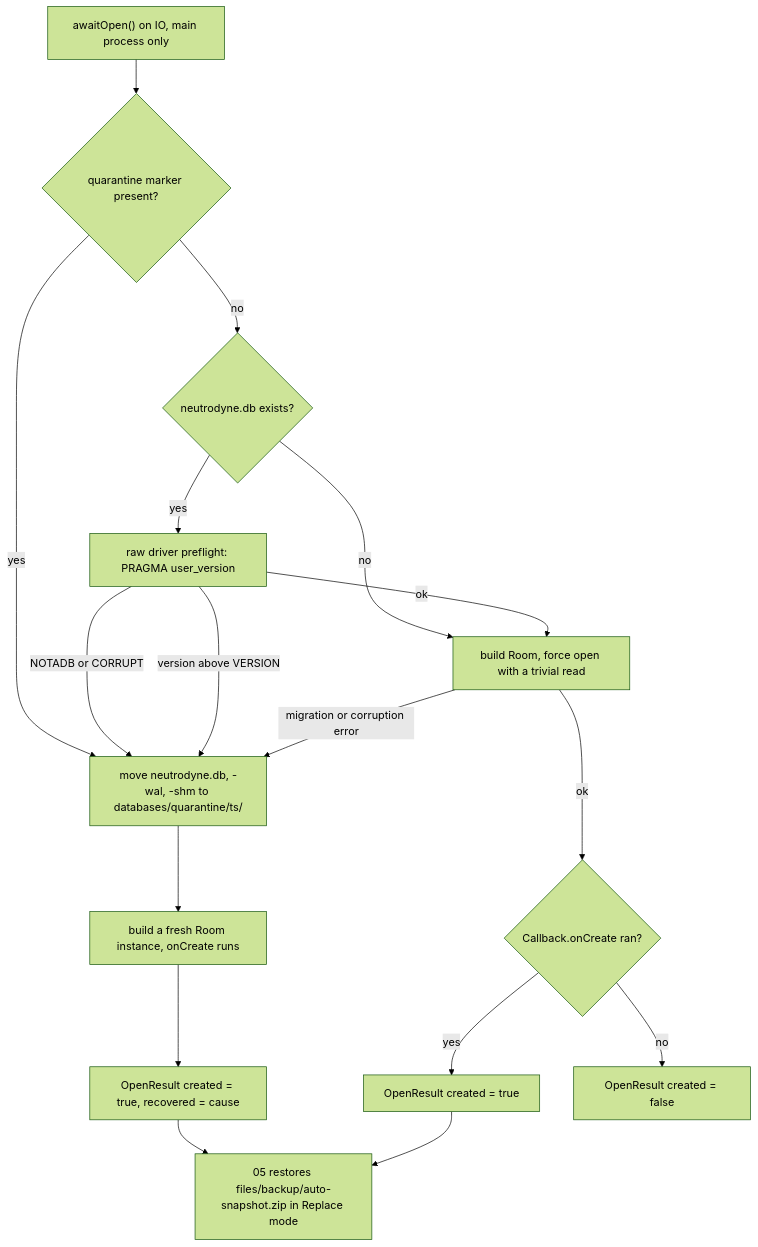
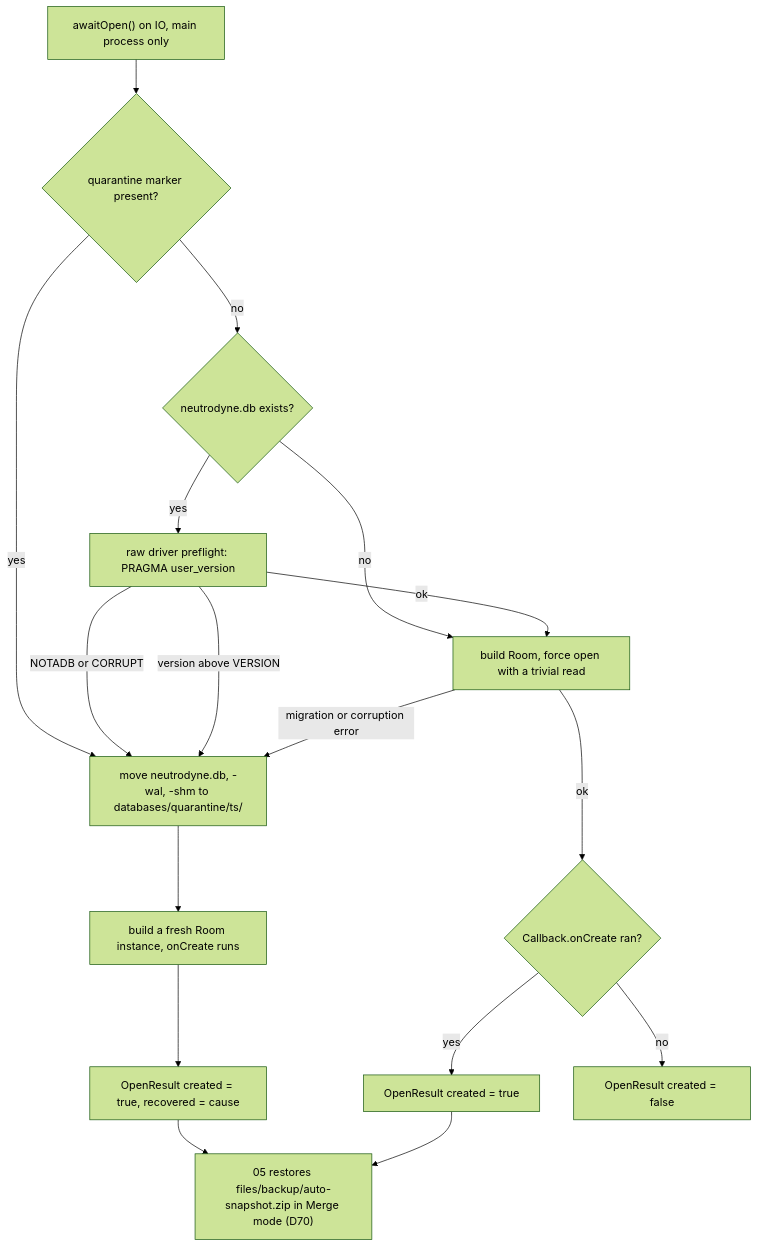
Before and after one commit to BigBoyDevBox/Neutrodyne: the fifth of 5 diagrams in docs/design/02-data-model.md, drawn with Mermaid (forest theme). The commit also changed other lines of this file and 9 other files, not shown here.

````diff
--- a/docs/design/02-data-model.md
+++ b/docs/design/02-data-model.md
@@ -1653,19 +1658,19 @@
 ```mermaid
 flowchart TD
   A["awaitOpen() on IO, main process only"] --> B{"quarantine marker present?"}
   B -->|yes| Q["move neutrodyne.db, -wal, -shm to databases/quarantine/ts/"]
   B -->|no| K{"neutrodyne.db exists?"}
   K -->|no| D
   K -->|yes| C["raw driver preflight: PRAGMA user_version"]
   C -->|"NOTADB or CORRUPT"| Q
   C -->|"version above VERSION"| Q
   C -->|ok| D["build Room, force open with a trivial read"]
   D -->|"migration or corruption error"| Q
   D -->|ok| E{"Callback.onCreate ran?"}
   Q --> F["build a fresh Room instance, onCreate runs"]
   F --> G["OpenResult created = true, recovered = cause"]
   E -->|yes| H["OpenResult created = true"]
   E -->|no| I["OpenResult created = false"]
-  G --> J["05 restores files/backup/auto-snapshot.zip in Replace mode"]
+  G --> J["05 restores files/backup/auto-snapshot.zip in Merge mode (D70)"]
   H --> J
 ```
````
